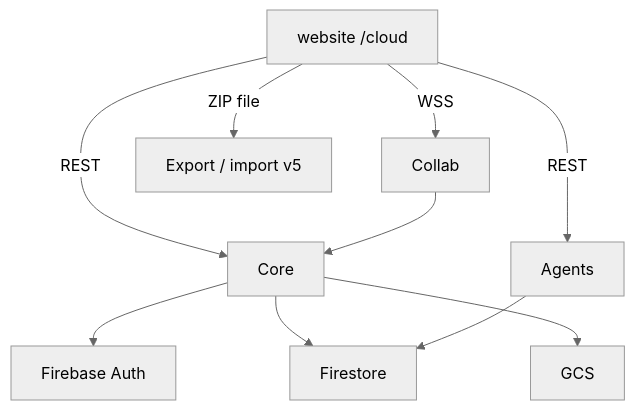
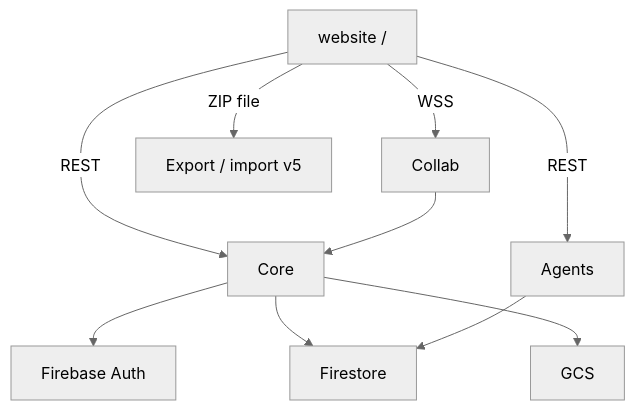
One commit to msoe-vex/engineering-notebook-editor changed the diagram in docs/microservices-architecture.md. Above: the diagram before and after it, drawn with Mermaid (neutral theme). The commit also changed other lines of this file and 17 other files, not shown here.

````diff
--- a/docs/microservices-architecture.md
+++ b/docs/microservices-architecture.md
@@ -19,13 +19,13 @@
 ```mermaid
 flowchart TB
-  Client["website /cloud"]
+  Client["website /"]
   Client -->|REST| Core
   Client -->|WSS| Collab
   Client -->|REST| Agents
   Client -->|ZIP file| Zip["Export / import v5"]
   Core --> Auth["Firebase Auth"]
   Core --> FS["Firestore"]
   Core --> GCS["GCS"]
   Collab --> Core
   Agents --> FS
 ```
````
